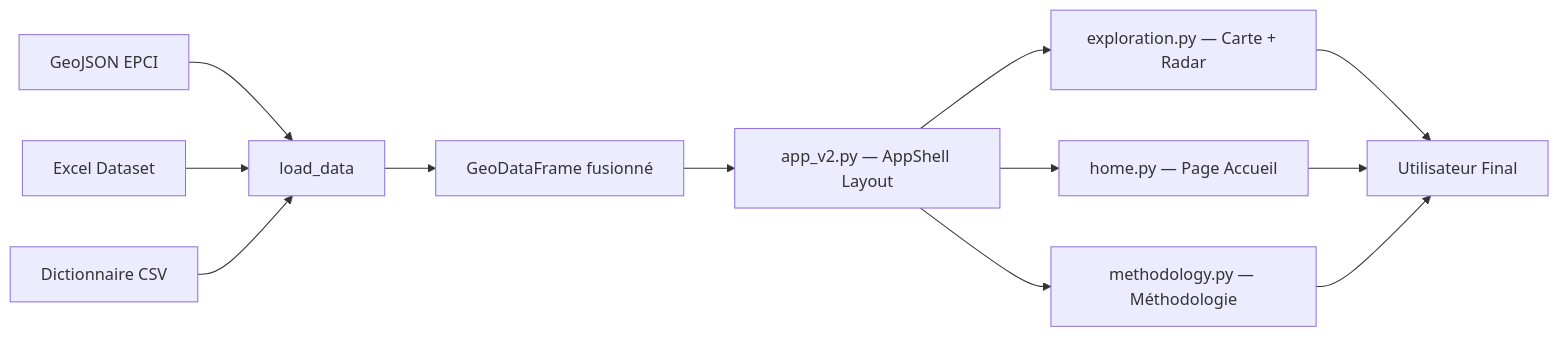
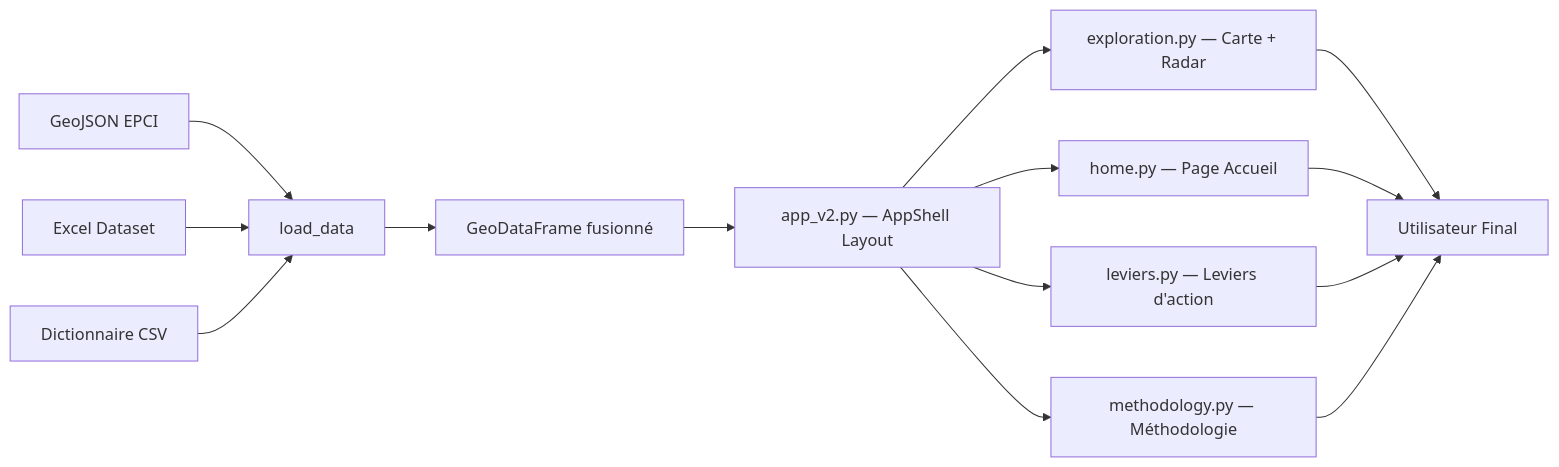
The diagram in docs/index.md (raphaelcontri/SeniAura), drawn with Mermaid before and after one commit. The commit also changed other lines of this file and 11 other files, not shown here.

````diff
--- a/docs/index.md
+++ b/docs/index.md
@@ -52,14 +53,16 @@
 ```mermaid
 graph LR
     A[GeoJSON EPCI] --> D[load_data]
     B[Excel Dataset] --> D
     C[Dictionnaire CSV] --> D
     D --> E[GeoDataFrame fusionné]
     E --> F[app_v2.py — AppShell Layout]
     F --> G[exploration.py — Carte + Radar]
     F --> H[home.py — Page Accueil]
-    F --> I[methodology.py — Méthodologie]
+    F --> I[leviers.py — Leviers d'action]
+    F --> K[methodology.py — Méthodologie]
     G --> J[Utilisateur Final]
     H --> J
     I --> J
+    K --> J
 ```
````
